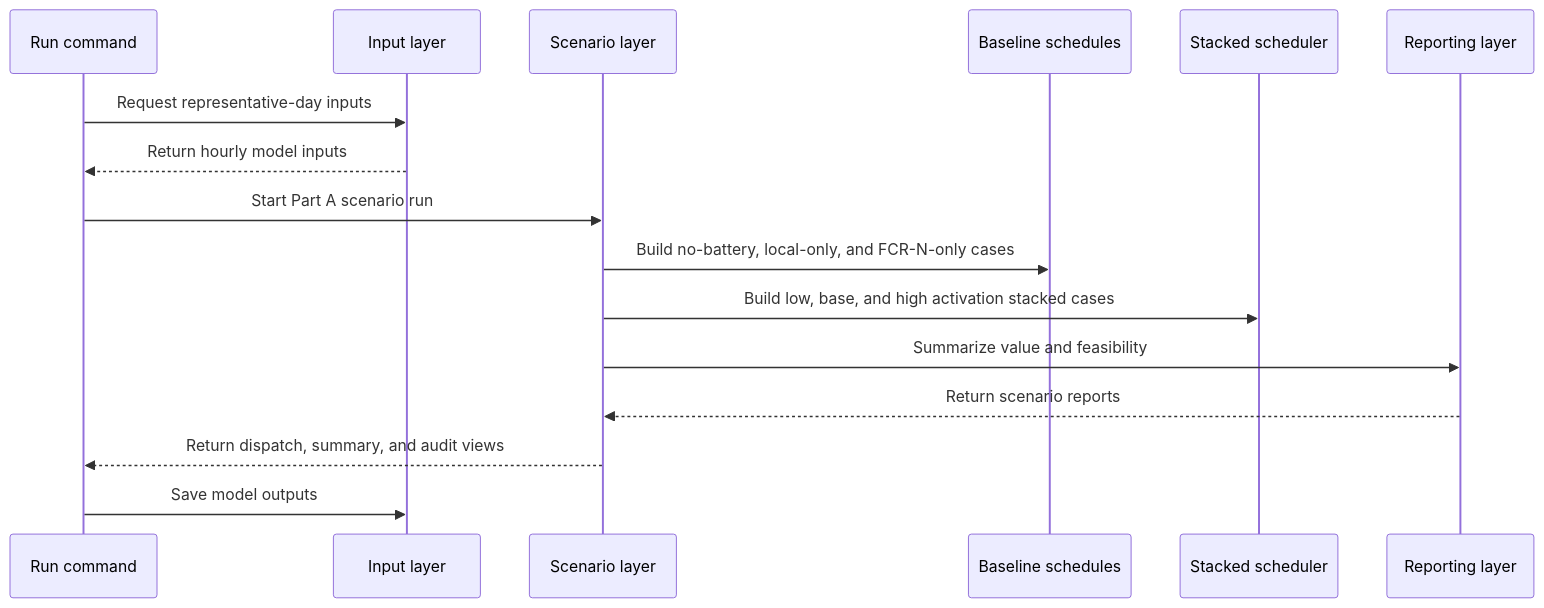
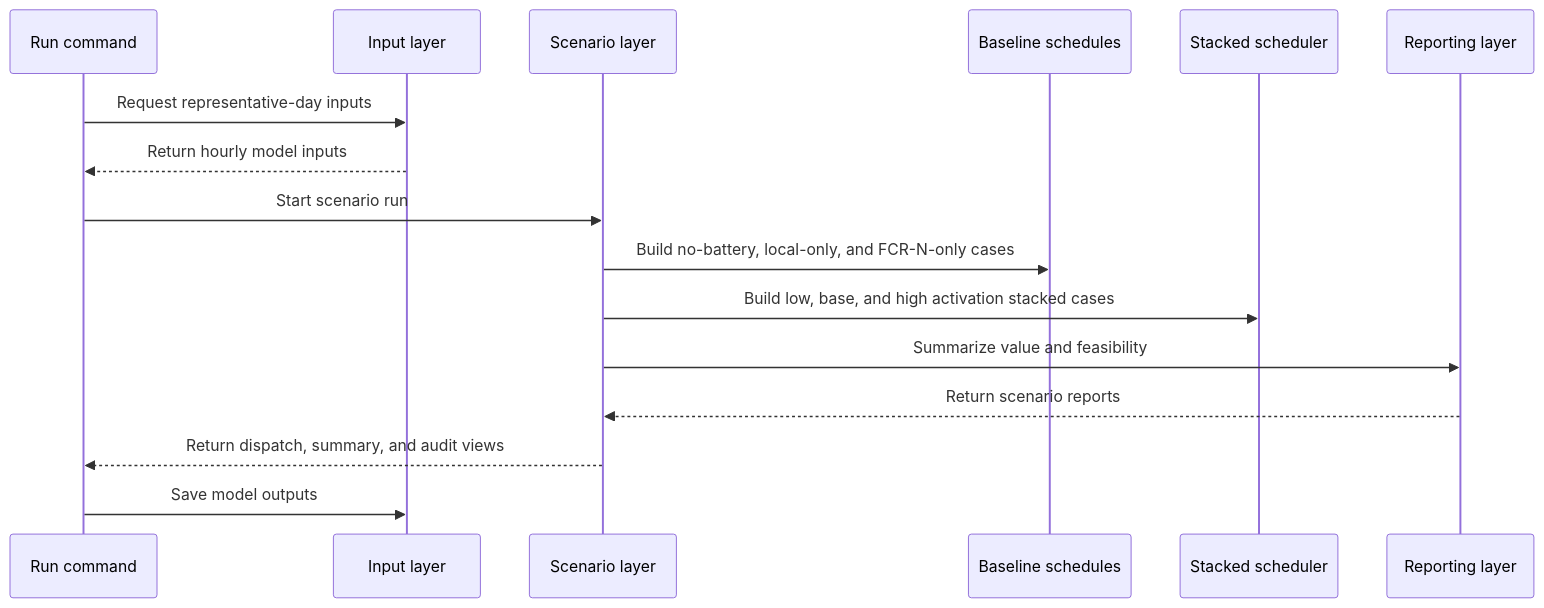
Before and after one commit to KayvanShah1/btm-bess-market-optimizer: the second of 2 diagrams in docs/IMPLEMENTATION_NOTES.md, drawn with Mermaid. The commit also changed other lines of this file and 7 other files, not shown here.

````diff
--- a/docs/IMPLEMENTATION_NOTES.md
+++ b/docs/IMPLEMENTATION_NOTES.md
@@ -36,19 +36,19 @@
 ```mermaid
 sequenceDiagram
     participant Runner as Run command
     participant Inputs as Input layer
     participant Scenarios as Scenario layer
     participant Baselines as Baseline schedules
     participant Scheduler as Stacked scheduler
     participant Metrics as Reporting layer
 
     Runner->>Inputs: Request representative-day inputs
     Inputs-->>Runner: Return hourly model inputs
-    Runner->>Scenarios: Start Part A scenario run
+    Runner->>Scenarios: Start scenario run
     Scenarios->>Baselines: Build no-battery, local-only, and FCR-N-only cases
     Scenarios->>Scheduler: Build low, base, and high activation stacked cases
     Scenarios->>Metrics: Summarize value and feasibility
     Metrics-->>Scenarios: Return scenario reports
     Scenarios-->>Runner: Return dispatch, summary, and audit views
     Runner->>Inputs: Save model outputs
 ```
````
